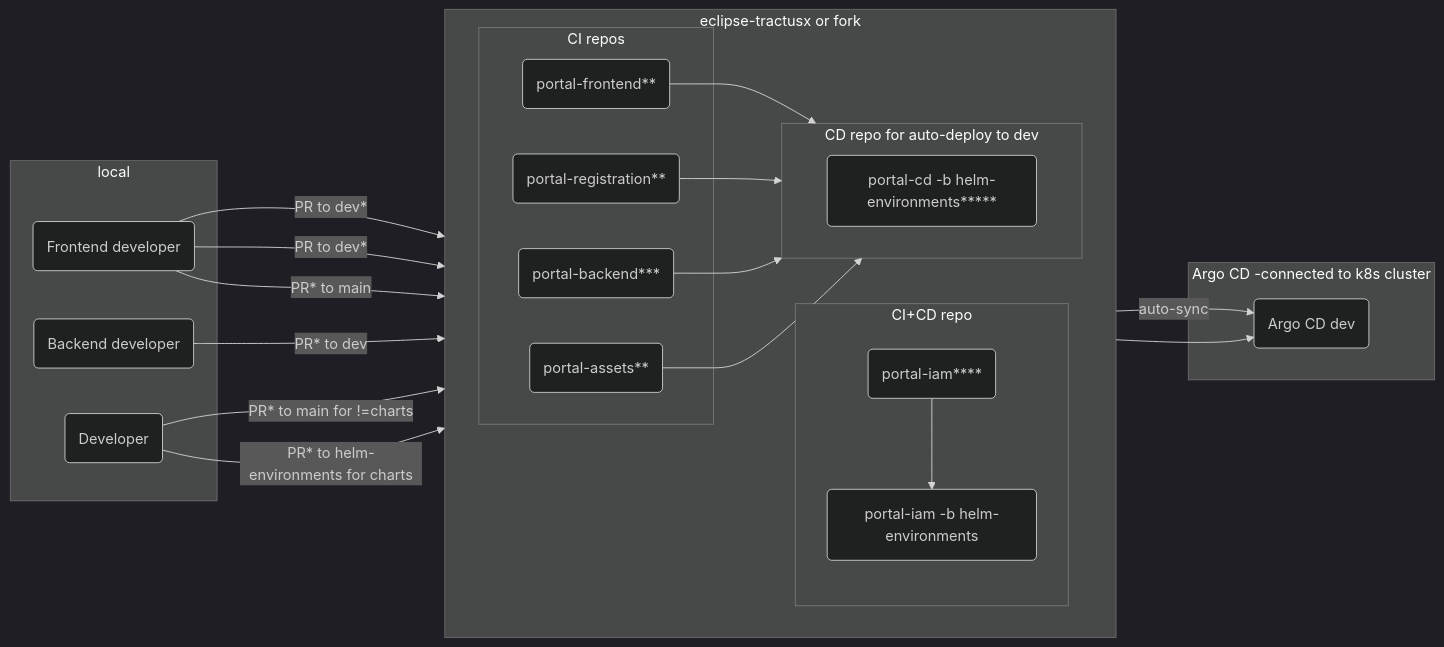
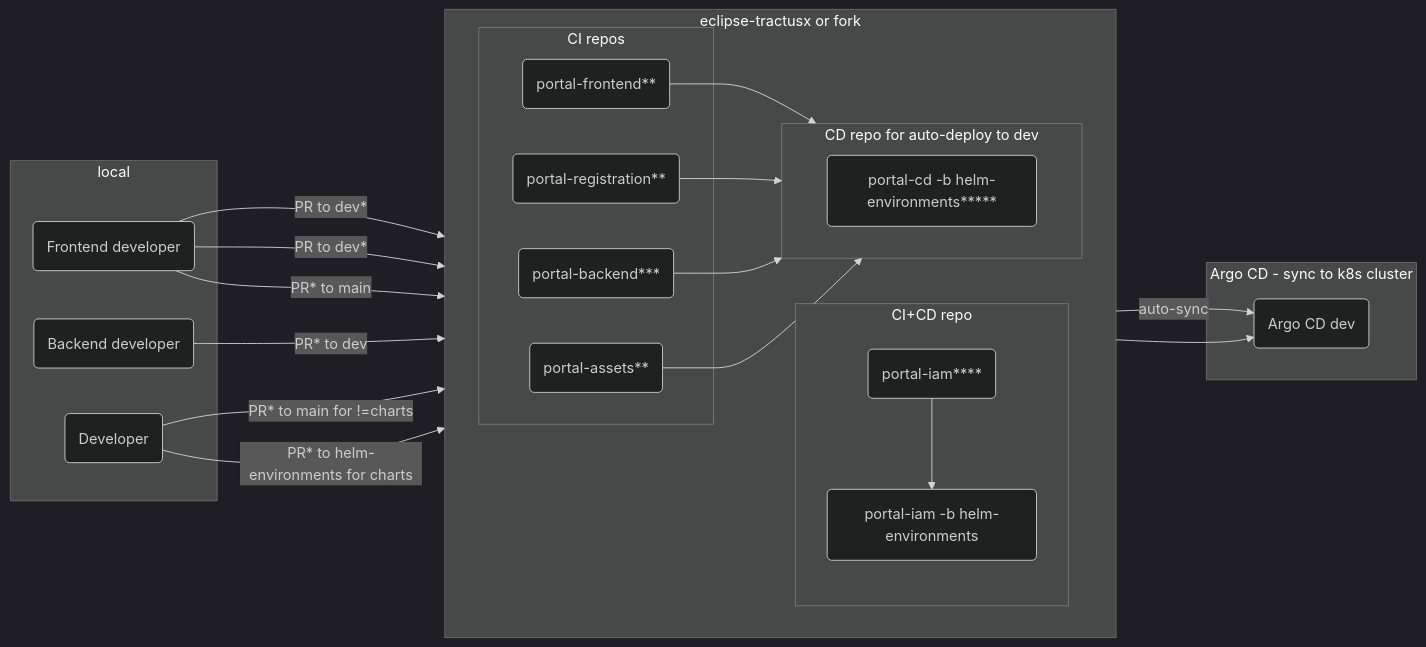
Before and after one commit to catenax-ng/tx-portal-assets: the diagram in developer/Technical Documentation/Dev Process/Dev-flow_deploy-dev-env.md, drawn with Mermaid (dark theme).

Commit message:
docs: update dev flow

````diff
--- a/developer/Technical Documentation/Dev Process/Dev-flow_deploy-dev-env.md
+++ b/developer/Technical Documentation/Dev Process/Dev-flow_deploy-dev-env.md
@@ -3,41 +3,41 @@
 ```mermaid
 flowchart LR
     subgraph local
     F(Frontend developer)
     B(Backend developer)
     D(Developer)
     end
     subgraph eclipse-tractusx or fork
         direction LR
         subgraph CI repos
             F -- PR to dev* --> PF(portal-frontend**)
             F -- PR to dev* --> PR(portal-registration**)
             F -- PR* to main --> PA(portal-assets**)
             B -- PR* to dev--> PB(portal-backend***)
             click PF "https://github.com/eclipse-tractusx/portal-frontend"
             click PR "https://github.com/eclipse-tractusx/portal-frontend-registration"
             click PA "https://github.com/eclipse-tractusx/portal-assets"
             click PB "https://github.com/eclipse-tractusx/portal-backend"
         end
         subgraph CI+CD repo
             direction TB
             D -- PR* to main for !=charts --> PI(portal-iam****)
             D -- PR* to helm-environments for charts --> PI
             PI --> PICD(portal-iam -b helm-environments)
             click PI "https://github.com/eclipse-tractusx/portal-iam"
         end
         subgraph CD repo for auto-deploy to dev
             direction LR
             PF --> CD(portal-cd -b helm-environments*****)
             PR --> CD
             PB --> CD
             PA --> CD
             click CD "https://github.com/eclipse-tractusx/portal-cd"
         end
     end
-    subgraph Argo CD -connected to k8s cluster
+    subgraph Argo CD - sync to k8s cluster
     CD -- auto-sync --> A(Argo CD dev)
     PICD --> A
     click A "https://argo.dev.demo.catena-x.net"
     end
 ```
````
